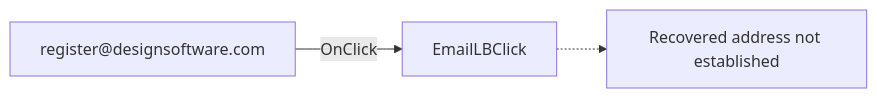
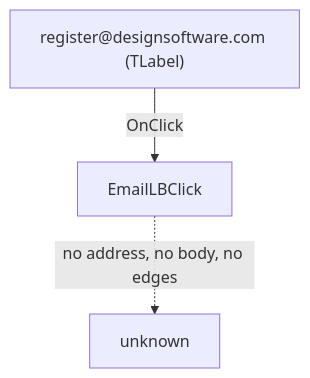
Before and after one commit to MovGP0/TIARA: the diagram in docs/ui-controls/registerdlg/emaillb-c24c74b400.md, drawn with Mermaid. The commit also changed other lines of this file and 106 other files, not shown here.

````diff
--- a/docs/ui-controls/registerdlg/emaillb-c24c74b400.md
+++ b/docs/ui-controls/registerdlg/emaillb-c24c74b400.md
@@ -27,5 +29,5 @@
 ```mermaid
-flowchart LR
-    control["register@designsoftware.com"] -->|OnClick| handler["EmailLBClick"]
-    handler -.-> unresolved["Recovered address not established"]
+flowchart TD
+    control["register@designsoftware.com (TLabel)"] -->|"OnClick"| handler["EmailLBClick"]
+    handler -.->|"no address, no body, no edges"| gone["unknown"]
 ```
````
